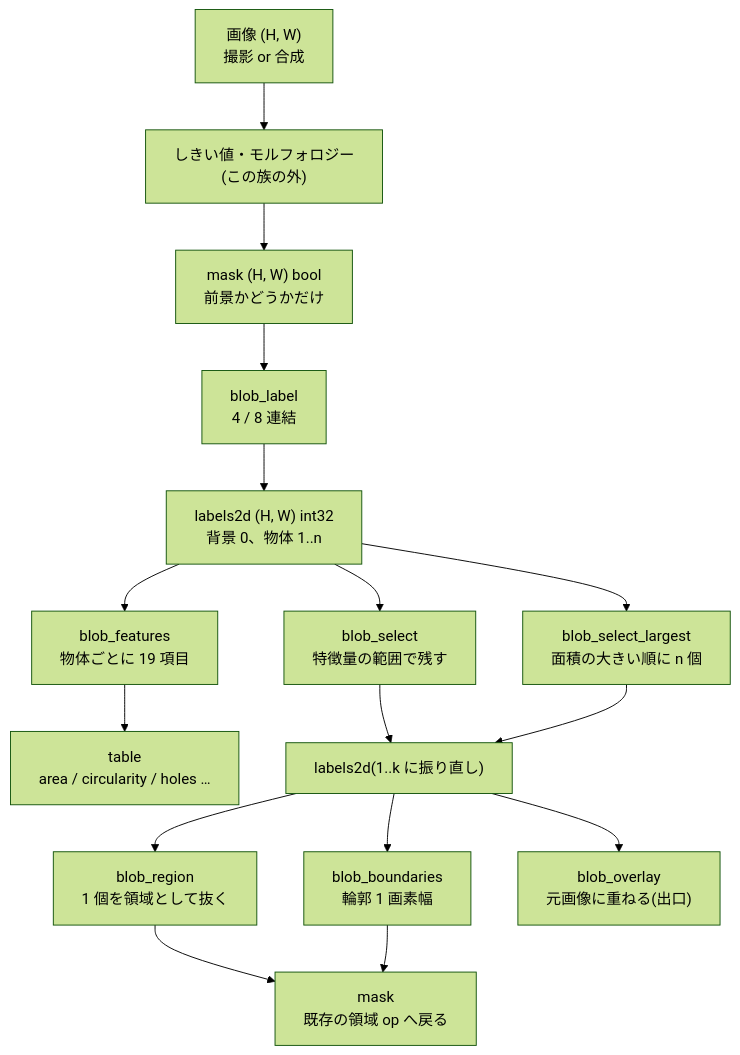
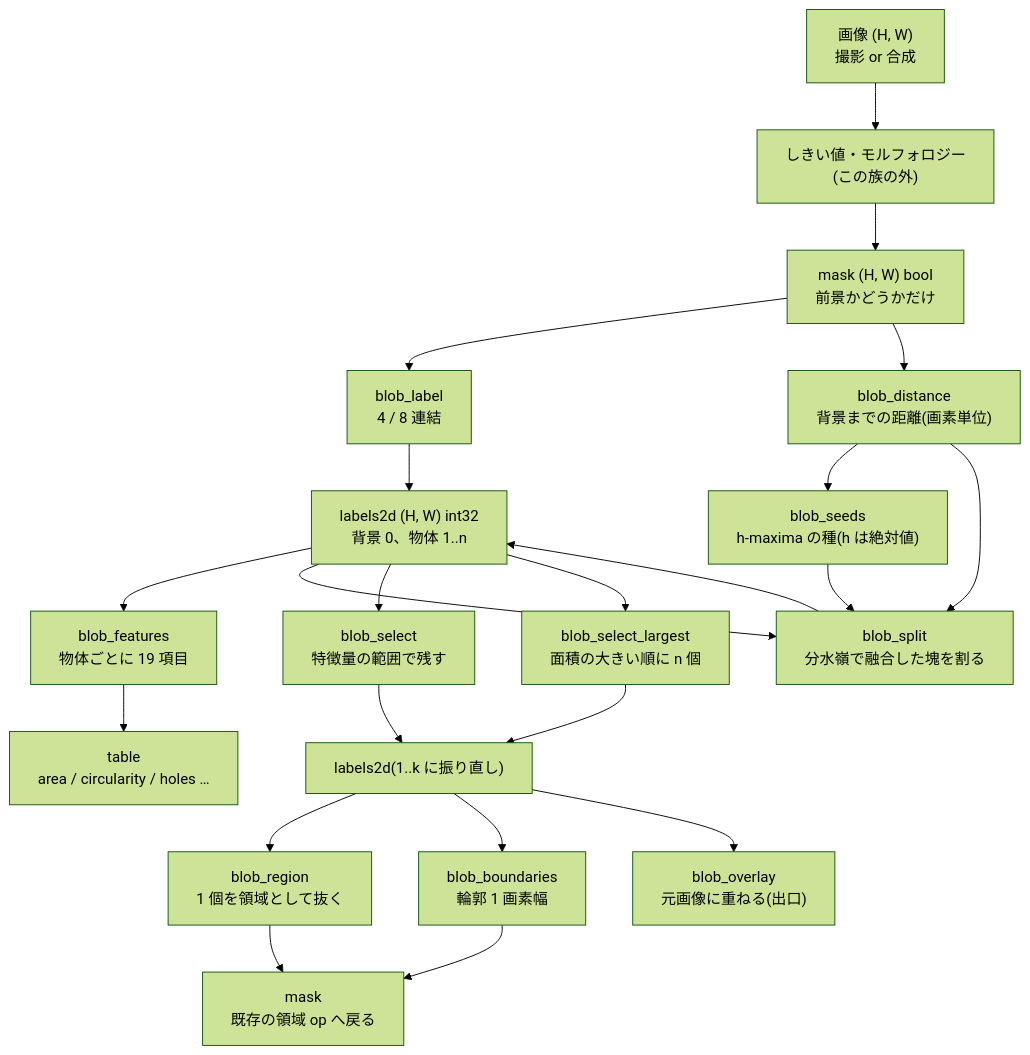
One commit to furuse-kazufumi/fullseye changed the diagram in docs/ops/blob/guides/blob_analysis.md. Above: the diagram before and after it, drawn with Mermaid (forest theme).

Commit message:
auto: poc_strain_history.py 編集前 (2026-09-06 21:53)

````diff
--- a/docs/ops/blob/guides/blob_analysis.md
+++ b/docs/ops/blob/guides/blob_analysis.md
@@ -43,19 +43,25 @@
 ```mermaid
 flowchart TD
     IMG["画像 (H, W)<br/>撮影 or 合成"]
     IMG --> TH["しきい値・モルフォロジー<br/>(この族の外)"]
     TH --> M["mask (H, W) bool<br/>前景かどうかだけ"]
     M --> L["blob_label<br/>4 / 8 連結"]
     L --> LB["labels2d (H, W) int32<br/>背景 0、物体 1..n"]
     LB --> FE["blob_features<br/>物体ごとに 19 項目"]
     FE --> T["table<br/>area / circularity / holes …"]
+    M --> DI["blob_distance<br/>背景までの距離(画素単位)"]
+    DI --> SD["blob_seeds<br/>h-maxima の種(h は絶対値)"]
+    LB --> SP["blob_split<br/>分水嶺で融合した塊を割る"]
+    SD --> SP
+    DI --> SP
+    SP --> LB
     LB --> SE["blob_select<br/>特徴量の範囲で残す"]
     LB --> SL["blob_select_largest<br/>面積の大きい順に n 個"]
     SE --> LB2["labels2d(1..k に振り直し)"]
     SL --> LB2
     LB2 --> RG["blob_region<br/>1 個を領域として抜く"]
     LB2 --> BD["blob_boundaries<br/>輪郭 1 画素幅"]
     LB2 --> OV["blob_overlay<br/>元画像に重ねる(出口)"]
     RG --> MK["mask<br/>既存の領域 op へ戻る"]
     BD --> MK
 ```
````
